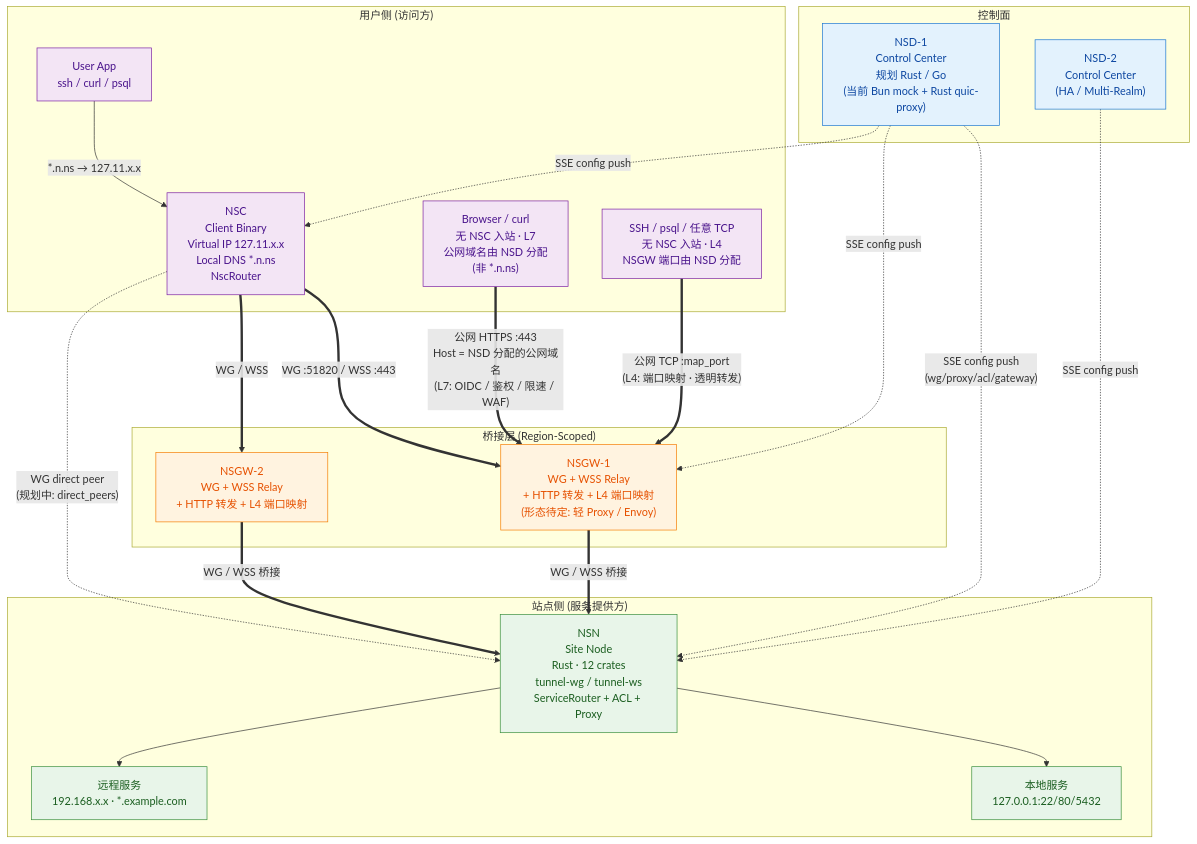
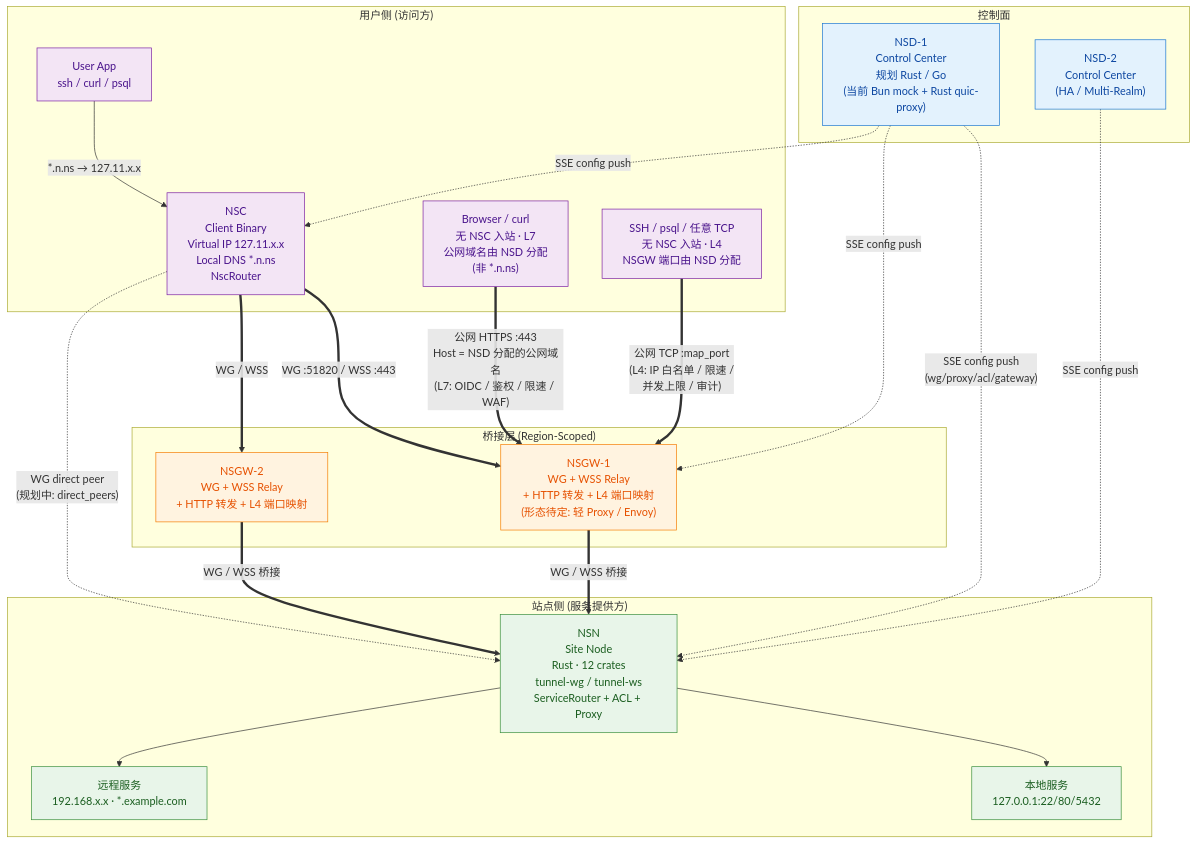
One commit to nsiod/docs changed the diagram in docs/01-overview/diagrams/ecosystem.mmd. Above: the diagram before and after it, drawn with Mermaid. The commit also changed 3 other files, not shown here.

```diff
--- a/docs/01-overview/diagrams/ecosystem.mmd
+++ b/docs/01-overview/diagrams/ecosystem.mmd
@@ -1,61 +1,62 @@
 %% NSIO 生态四组件关系图
 %% 用途: 说明 NSD/NSGW/NSN/NSC 四个组件的职责边界与连接关系
 graph TB
     subgraph Control["控制面"]
         NSD1["NSD-1<br/>Control Center<br/>规划 Rust / Go<br/>(当前 Bun mock + Rust quic-proxy)"]
         NSD2["NSD-2<br/>Control Center<br/>(HA / Multi-Realm)"]
     end
 
     subgraph Bridge["桥接层 (Region-Scoped)"]
         GW1["NSGW-1<br/>WG + WSS Relay<br/>+ HTTP 转发 + L4 端口映射<br/>(形态待定: 轻 Proxy / Envoy)"]
         GW2["NSGW-2<br/>WG + WSS Relay<br/>+ HTTP 转发 + L4 端口映射"]
     end
 
     subgraph Site["站点侧 (服务提供方)"]
         NSN["NSN<br/>Site Node<br/>Rust · 12 crates<br/>tunnel-wg / tunnel-ws<br/>ServiceRouter + ACL + Proxy"]
         LOCAL["本地服务<br/>127.0.0.1:22/80/5432"]
         REMOTE["远程服务<br/>192.168.x.x · *.example.com"]
     end
 
     subgraph User["用户侧 (访问方)"]
         NSC["NSC<br/>Client Binary<br/>Virtual IP 127.11.x.x<br/>Local DNS *.n.ns<br/>NscRouter"]
         APP["User App<br/>ssh / curl / psql"]
         BROWSER["Browser / curl<br/>无 NSC 入站 · L7<br/>公网域名由 NSD 分配<br/>(非 *.n.ns)"]
         SSHCLI["SSH / psql / 任意 TCP<br/>无 NSC 入站 · L4<br/>NSGW 端口由 NSD 分配"]
     end
 
     NSD1 -. "SSE config push<br/>(wg/proxy/acl/gateway)" .-> NSN
     NSD2 -. "SSE config push" .-> NSN
     NSD1 -. "SSE config push" .-> GW1
     NSD1 -. "SSE config push" .-> NSC
 
     APP -->|"*.n.ns → 127.11.x.x"| NSC
     NSC ==>|"WG :51820 / WSS :443"| GW1
     NSC ==>|"WG / WSS"| GW2
     GW1 ==>|"WG / WSS 桥接"| NSN
     GW2 ==>|"WG / WSS 桥接"| NSN
 
     %% 直连路径: WG PeerConfig 机制层面支持任意 endpoint,
     %% 双方可达时 NSC 与 NSN 可直接对等; 控制面下发 direct_peers 为规划中能力
     NSC -. "WG direct peer<br/>(规划中: direct_peers)" .-> NSN
 
     %% 无 NSC 入站 L7: 浏览器/curl 直接打 NSGW :443,
     %% 公网域名由 NSD 单独签发(非 *.n.ns — 后者 NSC 专属);
     %% NSGW 按 Host/SNI 路由到目标 NSN, 并可在此层叠加 OIDC / 鉴权 / 限速 / WAF 等 L7 中间件
     BROWSER ==>|"公网 HTTPS :443<br/>Host = NSD 分配的公网域名<br/>(L7: OIDC / 鉴权 / 限速 / WAF)"| GW1
 
     %% 无 NSC 入站 L4: SSH / psql 直连 NSGW 端口, NSGW 透明转发 (不解 TLS)
-    %% 端口由 NSD 在 gateway_l4_map 事件中分配与下发
-    SSHCLI ==>|"公网 TCP :map_port<br/>(L4: 端口映射 · 透明转发)"| GW1
+    %% 端口与连接级中间件 (IP 白名单 / 限速 / 配额 / 审计) 由 NSD 通过
+    %% gateway_l4_map 事件统一下发并在 listener 层执行
+    SSHCLI ==>|"公网 TCP :map_port<br/>(L4: IP 白名单 / 限速 /<br/>并发上限 / 审计)"| GW1
 
     NSN --> LOCAL
     NSN --> REMOTE
 
     classDef ctrl fill:#e3f2fd,stroke:#1976d2,color:#0d47a1
     classDef gw fill:#fff3e0,stroke:#f57c00,color:#e65100
     classDef site fill:#e8f5e9,stroke:#388e3c,color:#1b5e20
     classDef user fill:#f3e5f5,stroke:#7b1fa2,color:#4a148c
     class NSD1,NSD2 ctrl
     class GW1,GW2 gw
     class NSN,LOCAL,REMOTE site
     class NSC,APP,BROWSER,SSHCLI user
```
